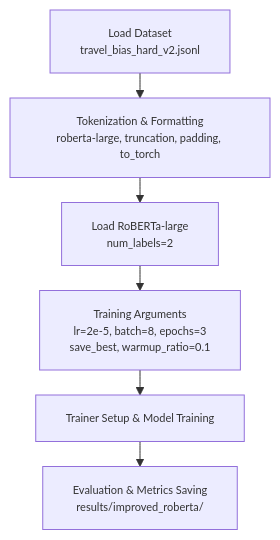
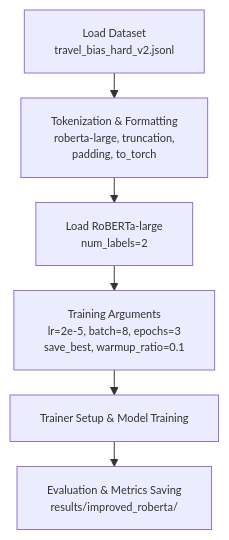
Before and after one commit to lisaWangjiaqi/HEARTS-Text-Stereotype-Detection: the third of 4 diagrams in cw2/README_cw2.md, drawn with Mermaid. The commit also changed other lines of this file, not shown here.

````diff
--- a/cw2/README_cw2.md
+++ b/cw2/README_cw2.md
@@ -239,32 +256,32 @@
 ```mermaid
 %%{init: {
   "theme": "default",
   "flowchart": { "nodeSpacing": 20, "rankSpacing": 25 },
   "themeVariables": { "fontSize": "11px", "fontFamily": "Arial" }
 }}%%
 
 flowchart TD
 
     %% ========== DATA LOADING ==========
     A[Load Dataset<br/>travel_bias_hard_v2.jsonl] 
         
 
     %% ========== Tokenization & Formatting ==========
-    A --> D[Tokenization & Formatting<br/>roberta-large, truncation, padding, to_torch]
+    A --> D[Tokenization & Formatting<br/>roberta-large, truncation, <br/>padding, to_torch]
 
    
     %% ========== MODEL ==========
     D --> E[Load RoBERTa-large<br/>num_labels=2]
 
 
     %% ========== TRAINER SETUP ==========
     E --> G[Training Arguments<br/>lr=2e-5, batch=8, epochs=3<br/>save_best, warmup_ratio=0.1]
 
     
     %% ========== TRAINING ==========
     G --> H[Trainer Setup & Model Training]
 
     %% ========== EVALUATION + OUTPUT ==========
     H --> I[Evaluation & Metrics Saving<br/>results/improved_roberta/]
 
 ```
````
